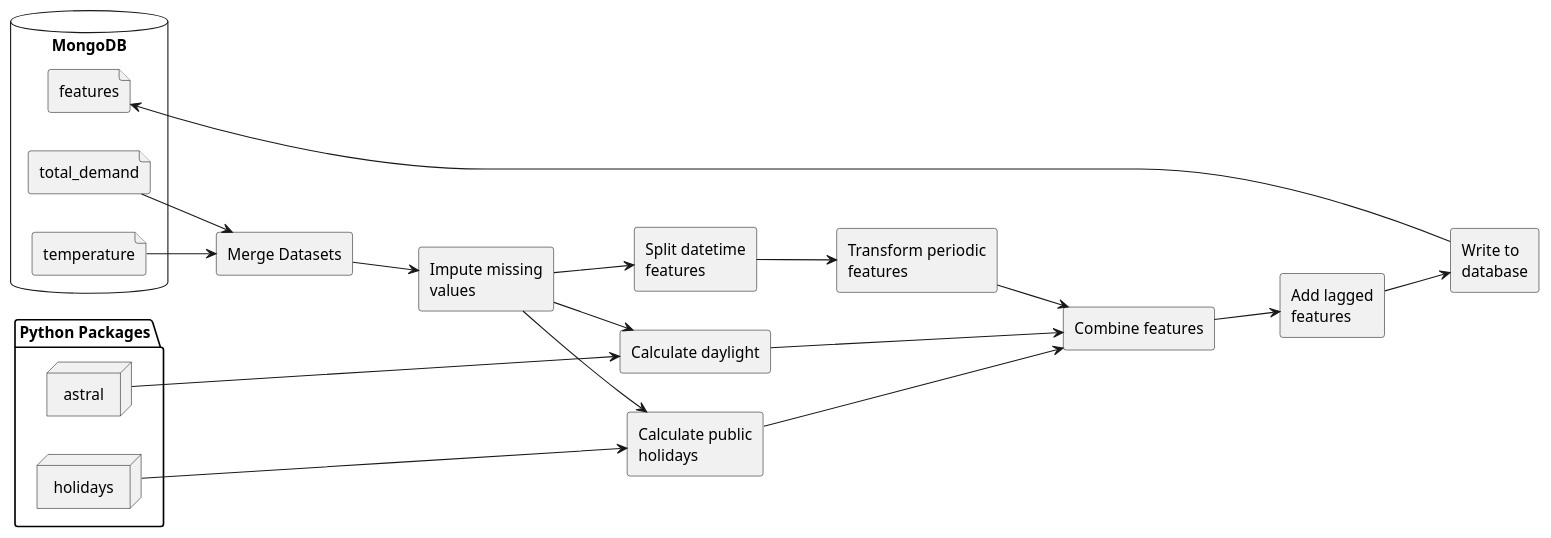
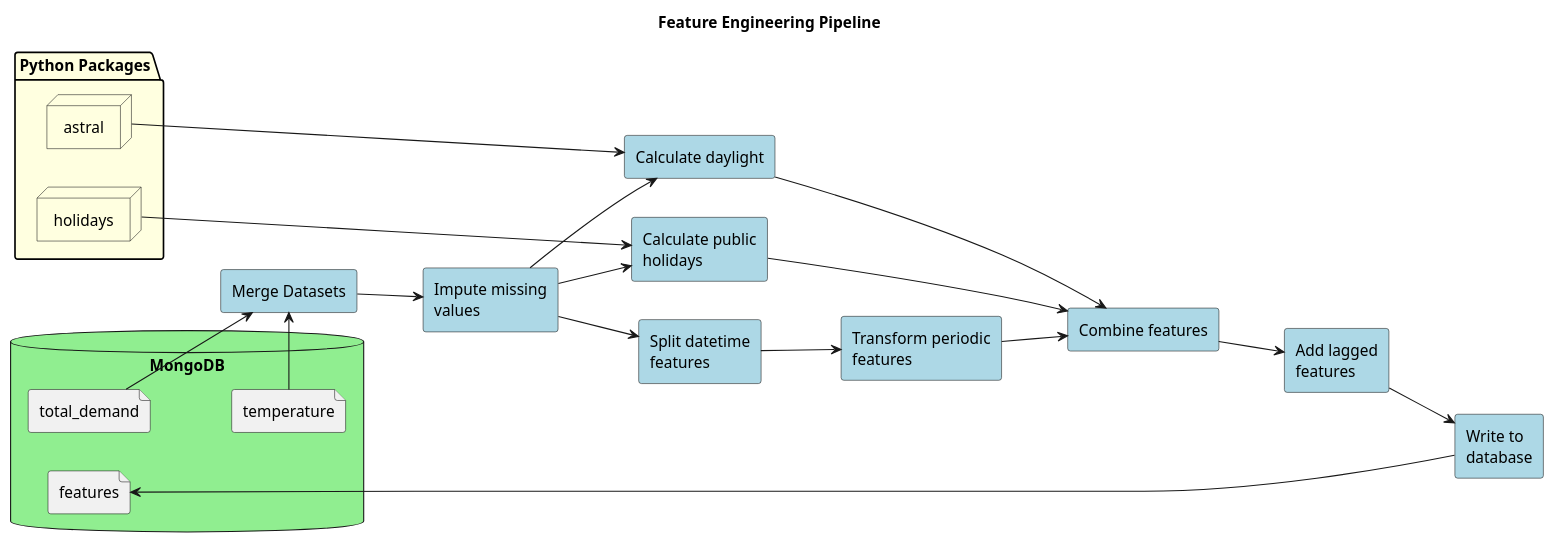
One commit to mango-unchained/Team-K---ZZSC9020-Capstone-Project changed the diagram in process-flows/feature_engineering.puml. Above: the diagram before and after it, drawn with PlantUML. The commit also changed 1 other file, not shown here.

```diff
--- a/process-flows/feature_engineering.puml
+++ b/process-flows/feature_engineering.puml
@@ -1,62 +1,83 @@
 @startuml
 left to right direction
+title Feature Engineering Pipeline
 
 ' Define the MongoDB box and place file icons inside it
 database "MongoDB" {
   file "total_demand" as TD
   file "temperature" as TEMP
   file "features" as Features
+  TD -[hidden]-> TEMP
+}
+skinparam database {
+  BackgroundColor lightGreen
 }
 
 ' Define the Python Packages box and place agent icons inside it
 package "Python Packages" {
     node "astral" as Astral
     node "holidays" as Holidays
 }
+skinparam package {
+  BackgroundColor lightYellow
+}
 
 ' Define the Merge Datasets component
 rectangle "Merge Datasets" as Merge
+skinparam rectangle {
+  BackgroundColor lightBlue
+}
 
 ' Define Impute missing values
 rectangle "Impute missing\nvalues" as Impute
 
 ' Define split datetime
 rectangle "Split datetime\nfeatures" as Split
 
 ' Define Calculate daylight
 rectangle "Calculate daylight" as Daylight
 
 ' Define Calculate public holiday
 rectangle "Calculate public\nholidays" as PublicHoliday
 
 ' Define Calculate public holiday
 rectangle "Transform periodic\nfeatures" as Periodic
 
 ' Define combine features
 rectangle "Combine features" as Combine
 
 ' Define add lagged features
 rectangle "Add lagged\nfeatures" as Lagged
 
 ' Define write to database
 rectangle "Write to\ndatabase" as Write
 
 ' Draw arrows from file icons to the Merge Datasets
 TD --> Merge
 TEMP --> Merge
 Astral ----> Daylight
 Holidays ----> PublicHoliday
 Merge --> Impute
 Impute --> Split
 Impute --> Daylight
 Impute --> PublicHoliday
 Split --> Periodic
 Periodic --> Combine
 PublicHoliday ---> Combine
 Daylight ---> Combine
 Combine --> Lagged
 Lagged --> Write
 Write --> Features
 
+' Custom colors for specific components
+skinparam rectangle {
+  BackgroundColor lightBlue
+}
+skinparam database {
+  BackgroundColor lightGreen
+}
+skinparam node {
+  BackgroundColor lightYellow
+}
 
 @enduml
```
